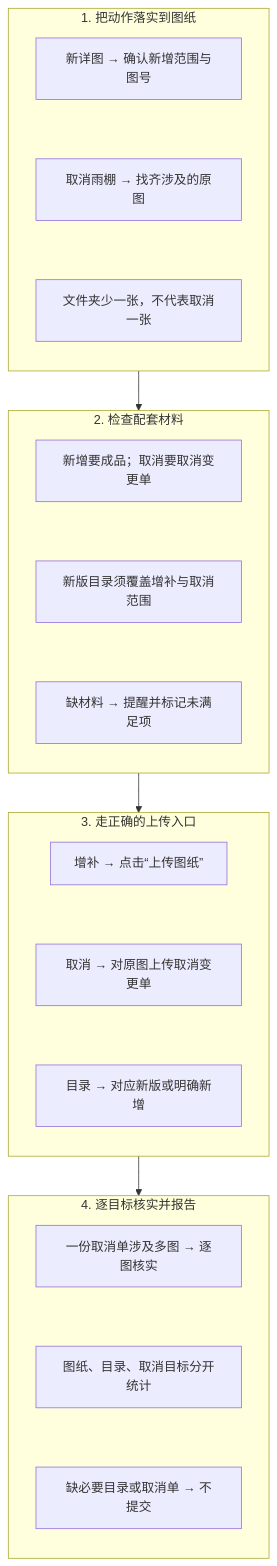
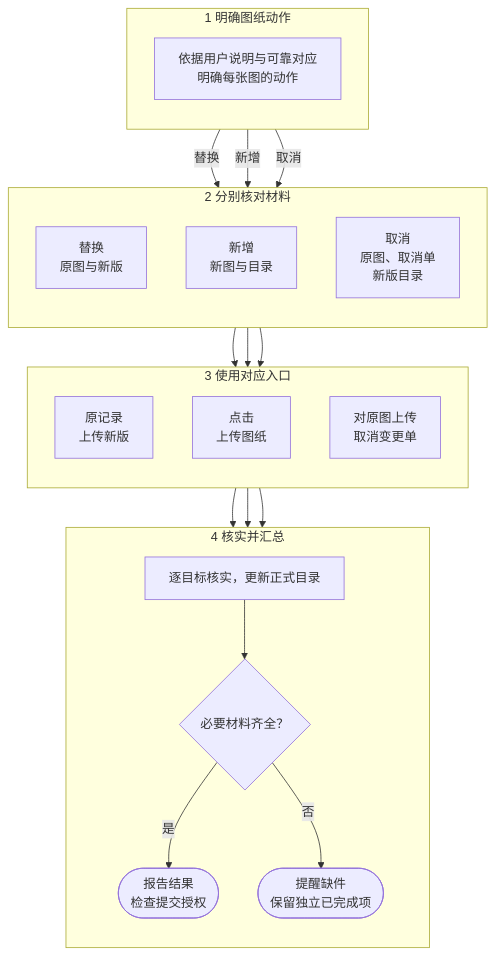
The diagram in docs/upload-guide/sources/04-add-cancel.mmd (Zazia/blueprint-batch-upload), drawn with Mermaid before and after one commit. The commit also changed 51 other files, not shown here.

Commit message:
Refocus article on Guangzhou designers and restore grouped flowcharts

```diff
--- a/docs/upload-guide/sources/04-add-cancel.mmd
+++ b/docs/upload-guide/sources/04-add-cancel.mmd
@@ -1,32 +1,36 @@
 flowchart TD
-  subgraph S0["1. 把动作落实到图纸"]
+  subgraph S0["1 明确图纸动作"]
     direction TB
-    N00["新详图 → 确认新增范围与图号"]
-    N01["取消雨棚 → 找齐涉及的原图"]
-    N02["文件夹少一张，不代表取消一张"]
-    N00 ~~~ N01 ~~~ N02
+    a["依据用户说明与可靠对应<br/>明确每张图的动作"]
   end
-  subgraph S1["2. 检查配套材料"]
+  subgraph S1["2 分别核对材料"]
     direction TB
-    N10["新增要成品；取消要取消变更单"]
-    N11["新版目录须覆盖增补与取消范围"]
-    N12["缺材料 → 提醒并标记未满足项"]
-    N10 ~~~ N11 ~~~ N12
+    b["替换<br/>原图与新版"]
+    c["新增<br/>新图与目录"]
+    d["取消<br/>原图、取消单<br/>新版目录"]
   end
-  S0 --> S1
-  subgraph S2["3. 走正确的上传入口"]
+  subgraph S2["3 使用对应入口"]
     direction TB
-    N20["增补 → 点击“上传图纸”"]
-    N21["取消 → 对原图上传取消变更单"]
-    N22["目录 → 对应新版或明确新增"]
-    N20 ~~~ N21 ~~~ N22
+    e["原记录<br/>上传新版"]
+    f["点击<br/>上传图纸"]
+    g["对原图上传<br/>取消变更单"]
   end
-  S1 --> S2
-  subgraph S3["4. 逐目标核实并报告"]
+  subgraph S3["4 核实并汇总"]
     direction TB
-    N30["一份取消单涉及多图 → 逐图核实"]
-    N31["图纸、目录、取消目标分开统计"]
-    N32["缺必要目录或取消单 → 不提交"]
-    N30 ~~~ N31 ~~~ N32
+    h["逐目标核实，更新正式目录"]
+    i{"必要材料齐全？"}
+    j(["报告结果<br/>检查提交授权"])
+    k(["提醒缺件<br/>保留独立已完成项"])
   end
-  S2 --> S3
+  a -->|替换| b
+  a -->|新增| c
+  a -->|取消| d
+  b --> e
+  c --> f
+  d --> g
+  e --> h
+  f --> h
+  g --> h
+  h --> i
+  i -->|是| j
+  i -->|否| k
```
